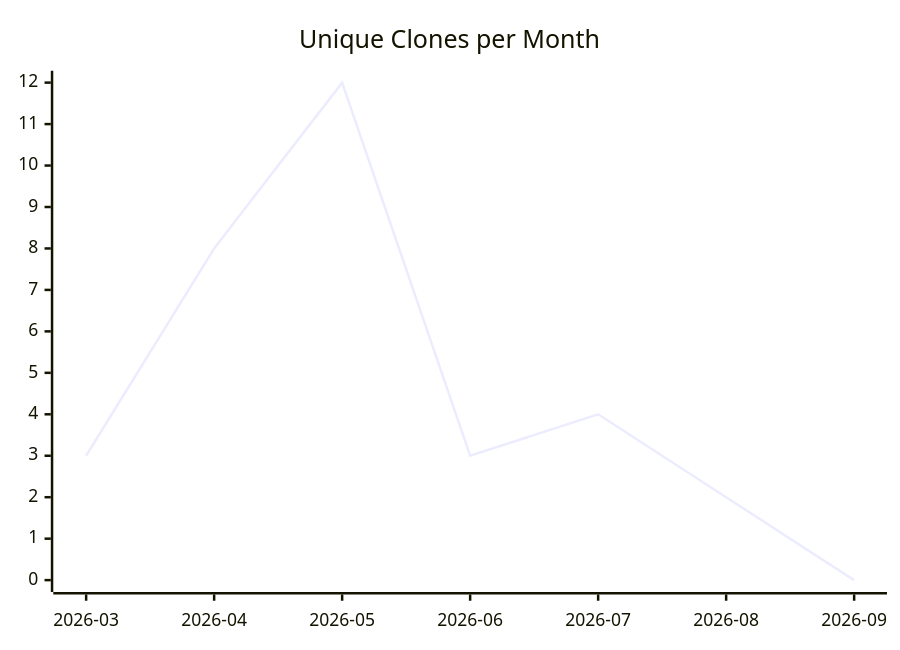
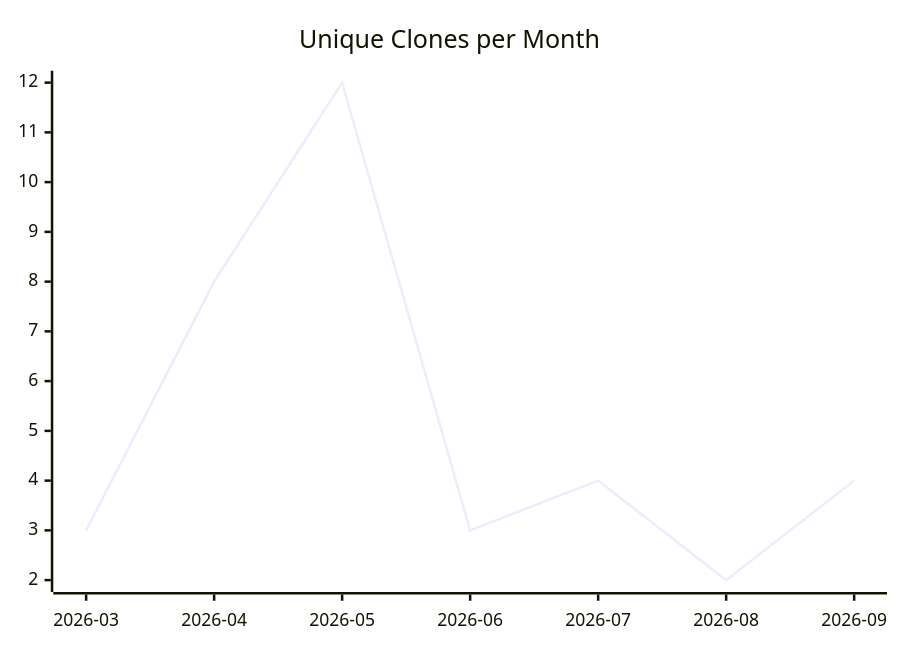
The third of 3 diagrams in karlmdavis/puppet-sonar/README.md (justdavis-family/github-analytics-data), drawn with Mermaid before and after one commit. The commit also changed other lines of this file and 200 other files, not shown here.

````diff
--- a/karlmdavis/puppet-sonar/README.md
+++ b/karlmdavis/puppet-sonar/README.md
@@ -19,6 +19,6 @@
 ```mermaid
 xychart-beta
   title "Unique Clones per Month"
   x-axis ["2026-03", "2026-04", "2026-05", "2026-06", "2026-07", "2026-08", "2026-09"]
-  line [3, 8, 12, 3, 4, 2, 0]
+  line [3, 8, 12, 3, 4, 2, 4]
 ```
````
